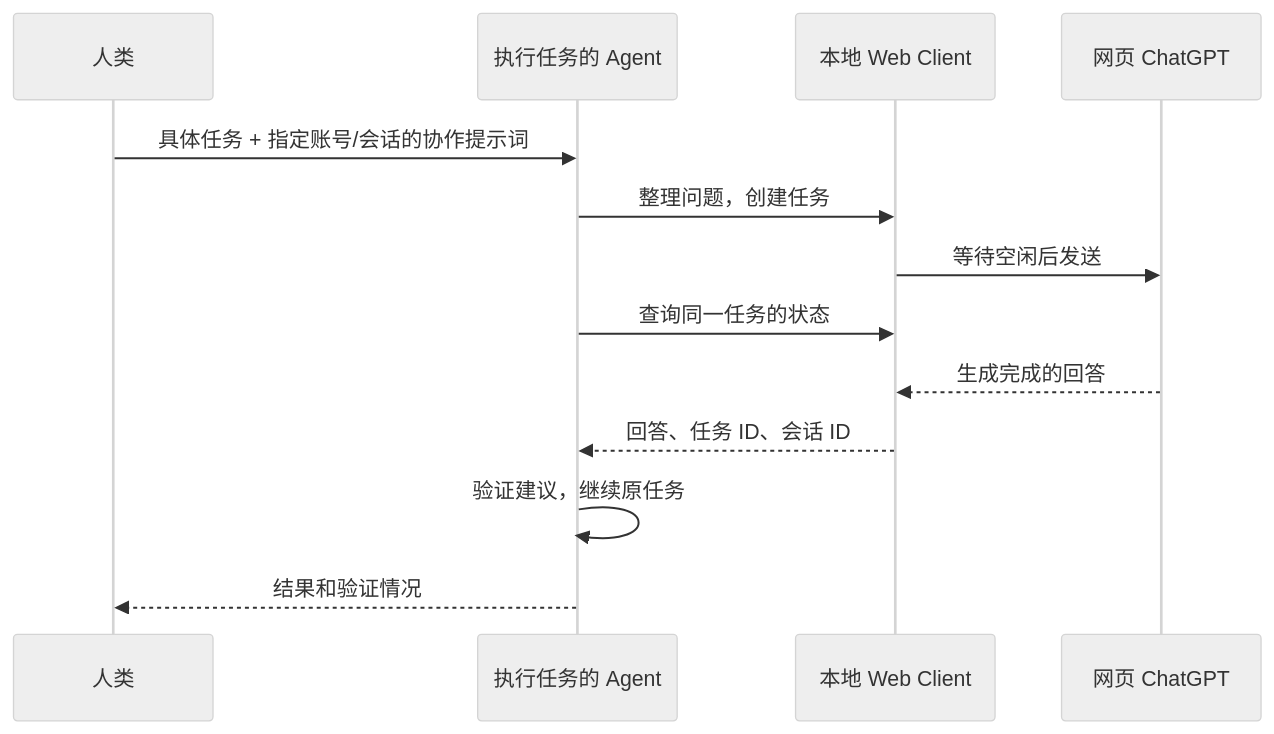
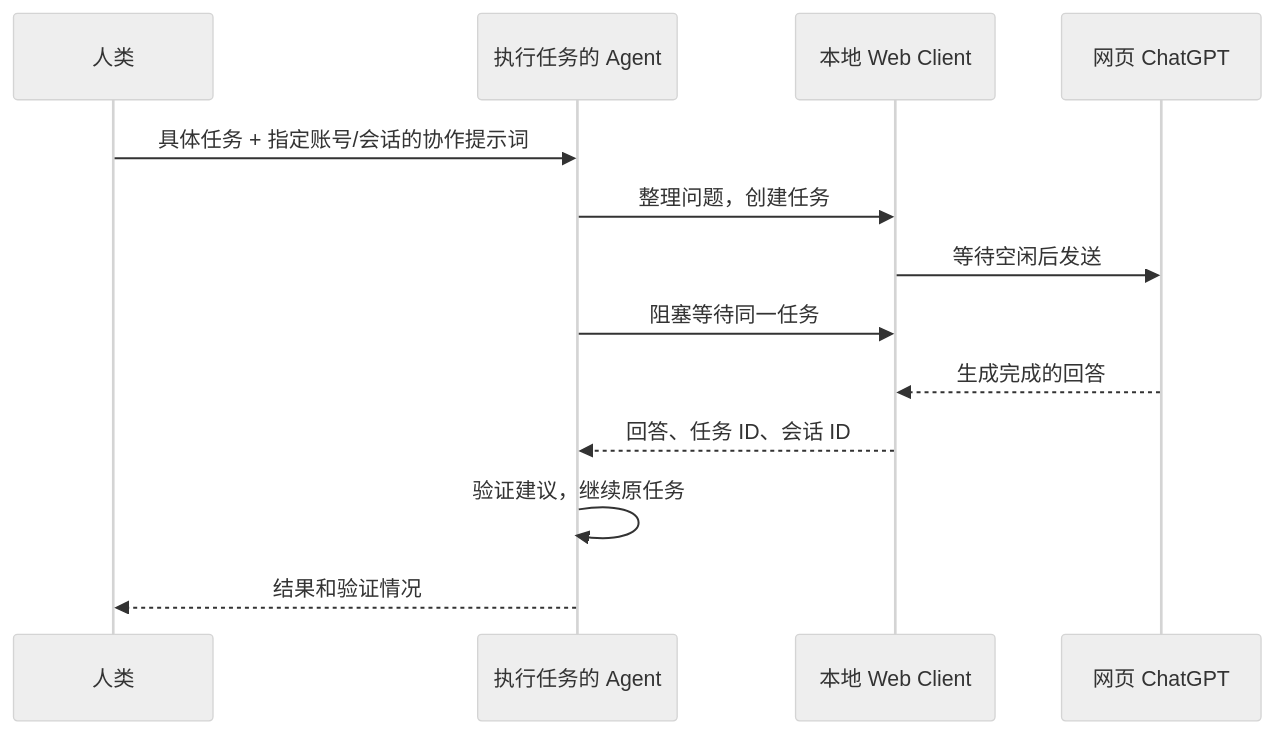
Before and after one commit to chenziyang110/ChatGPT-Web-Client: the diagram in docs/AGENT_COLLABORATION.md, drawn with Mermaid (neutral theme). The commit also changed other lines of this file and 3 other files, not shown here.

````diff
--- a/docs/AGENT_COLLABORATION.md
+++ b/docs/AGENT_COLLABORATION.md
@@ -5,15 +5,15 @@
 ```mermaid
 sequenceDiagram
     participant H as 人类
     participant A as 执行任务的 Agent
     participant W as 本地 Web Client
     participant G as 网页 ChatGPT
     H->>A: 具体任务 + 指定账号/会话的协作提示词
     A->>W: 整理问题，创建任务
     W->>G: 等待空闲后发送
-    A->>W: 查询同一任务的状态
+    A->>W: 阻塞等待同一任务
     G-->>W: 生成完成的回答
     W-->>A: 回答、任务 ID、会话 ID
     A->>A: 验证建议，继续原任务
     A-->>H: 结果和验证情况
 ```
````
